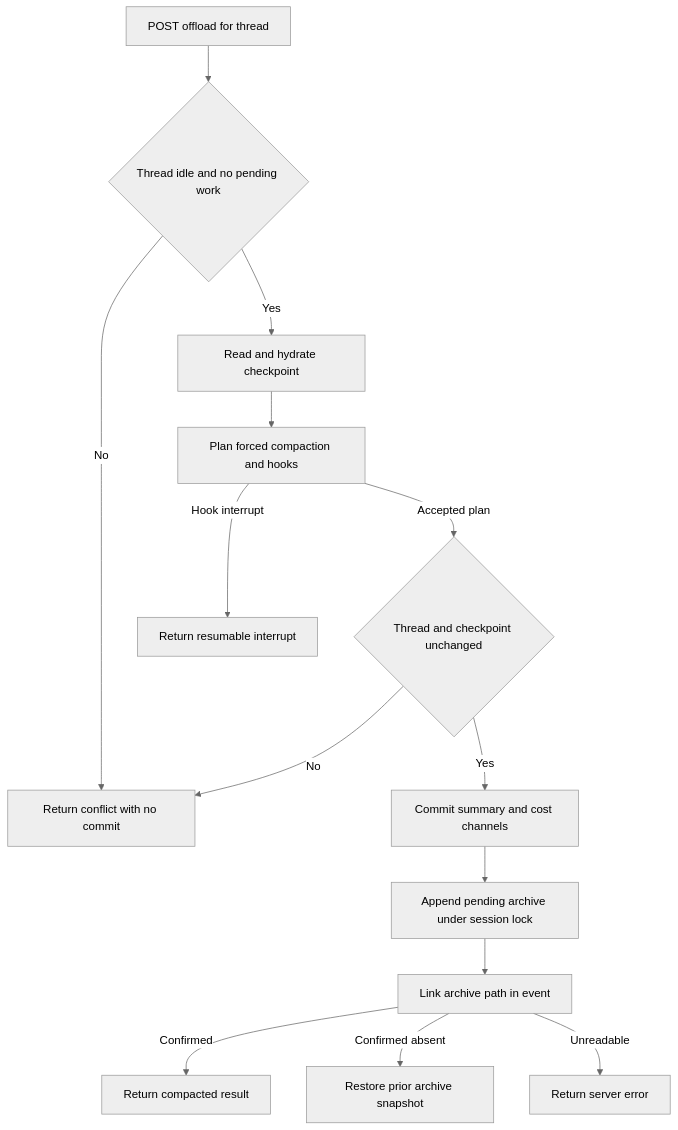
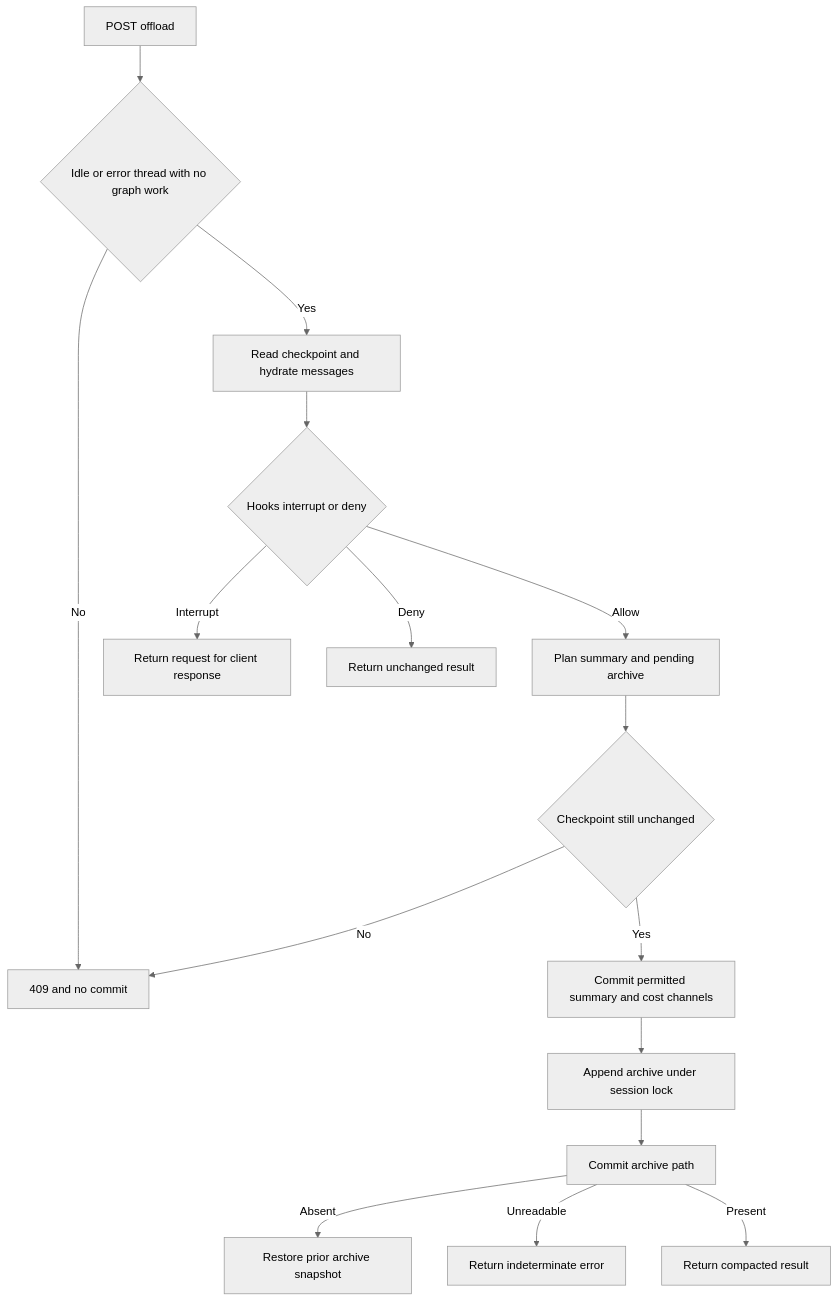
One commit to langchain-ai/deepagents changed the second of 2 diagrams in openwiki/concepts/context-management.md. Above: the diagram before and after it, drawn with Mermaid (neutral theme). The commit also changed other lines of this file and 63 other files, not shown here.

````diff
--- a/openwiki/concepts/context-management.md
+++ b/openwiki/concepts/context-management.md
@@ -92,16 +89,18 @@
 ```mermaid
 flowchart TD
-    Start["POST offload for thread"] --> Idle{"Thread idle and no pending work"}
-    Idle -->|No| Conflict["Return conflict with no commit"]
-    Idle -->|Yes| ReadState["Read and hydrate checkpoint"]
-    ReadState --> Plan["Plan forced compaction and hooks"]
-    Plan -->|Hook interrupt| ReturnHook["Return resumable interrupt"]
-    Plan -->|Accepted plan| Recheck{"Thread and checkpoint unchanged"}
-    Recheck -->|No| Conflict
-    Recheck -->|Yes| Reserve["Commit summary and cost channels"]
-    Reserve --> Append["Append pending archive under session lock"]
-    Append --> Link["Link archive path in event"]
-    Link -->|Confirmed| Done["Return compacted result"]
-    Link -->|Confirmed absent| Rollback["Restore prior archive snapshot"]
-    Link -->|Unreadable| Indeterminate["Return server error"]
+    Start["POST offload"] --> Ready{"Idle or error thread with no graph work"}
+    Ready -->|No| Conflict["409 and no commit"]
+    Ready -->|Yes| Hydrate["Read checkpoint and hydrate messages"]
+    Hydrate --> Hooks{"Hooks interrupt or deny"}
+    Hooks -->|Interrupt| Resume["Return request for client response"]
+    Hooks -->|Deny| Denied["Return unchanged result"]
+    Hooks -->|Allow| Plan["Plan summary and pending archive"]
+    Plan --> Check{"Checkpoint still unchanged"}
+    Check -->|No| Conflict
+    Check -->|Yes| Reserve["Commit permitted summary and cost channels"]
+    Reserve --> Append["Append archive under session lock"]
+    Append --> Link["Commit archive path"]
+    Link -->|Absent| Rollback["Restore prior archive snapshot"]
+    Link -->|Unreadable| Unknown["Return indeterminate error"]
+    Link -->|Present| Done["Return compacted result"]
 ```
````
